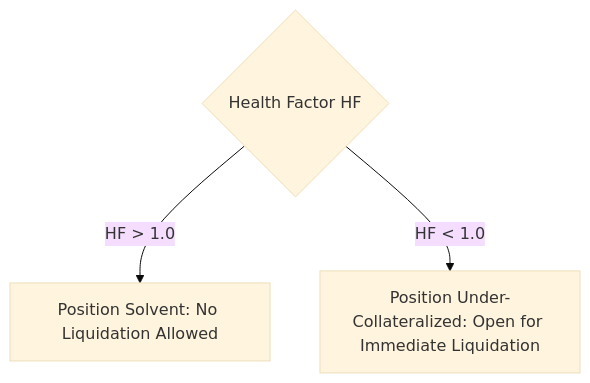
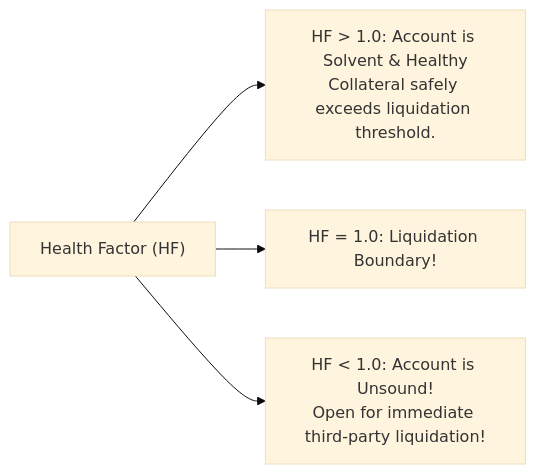
The third of 6 diagrams in docs/learn/fundamentals/05-decentralized-systems/03-collateralized-lending-and-solvency.md (ub-society/modules), drawn with Mermaid (base theme) before and after one commit. The commit also changed other lines of this file and 4 other files, not shown here.

````diff
--- a/docs/learn/fundamentals/05-decentralized-systems/03-collateralized-lending-and-solvency.md
+++ b/docs/learn/fundamentals/05-decentralized-systems/03-collateralized-lending-and-solvency.md
@@ -37,6 +90,7 @@
 ```mermaid
-flowchart TD
-    HF{Health Factor HF}
-    HF -->|HF > 1.0| Safe[Position Solvent: No Liquidation Allowed]
-    HF -->|HF < 1.0| Breach[Position Under-Collateralized: Open for Immediate Liquidation]
+flowchart LR
+    HF["Health Factor (HF)"]
+    HF --> Safe["HF > 1.0: Account is Solvent & Healthy<br/>Collateral safely exceeds liquidation threshold."]
+    HF --> Risk["HF = 1.0: Liquidation Boundary!"]
+    HF --> Danger["HF < 1.0: Account is Unsound!<br/>Open for immediate third-party liquidation!"]
 ```
````
